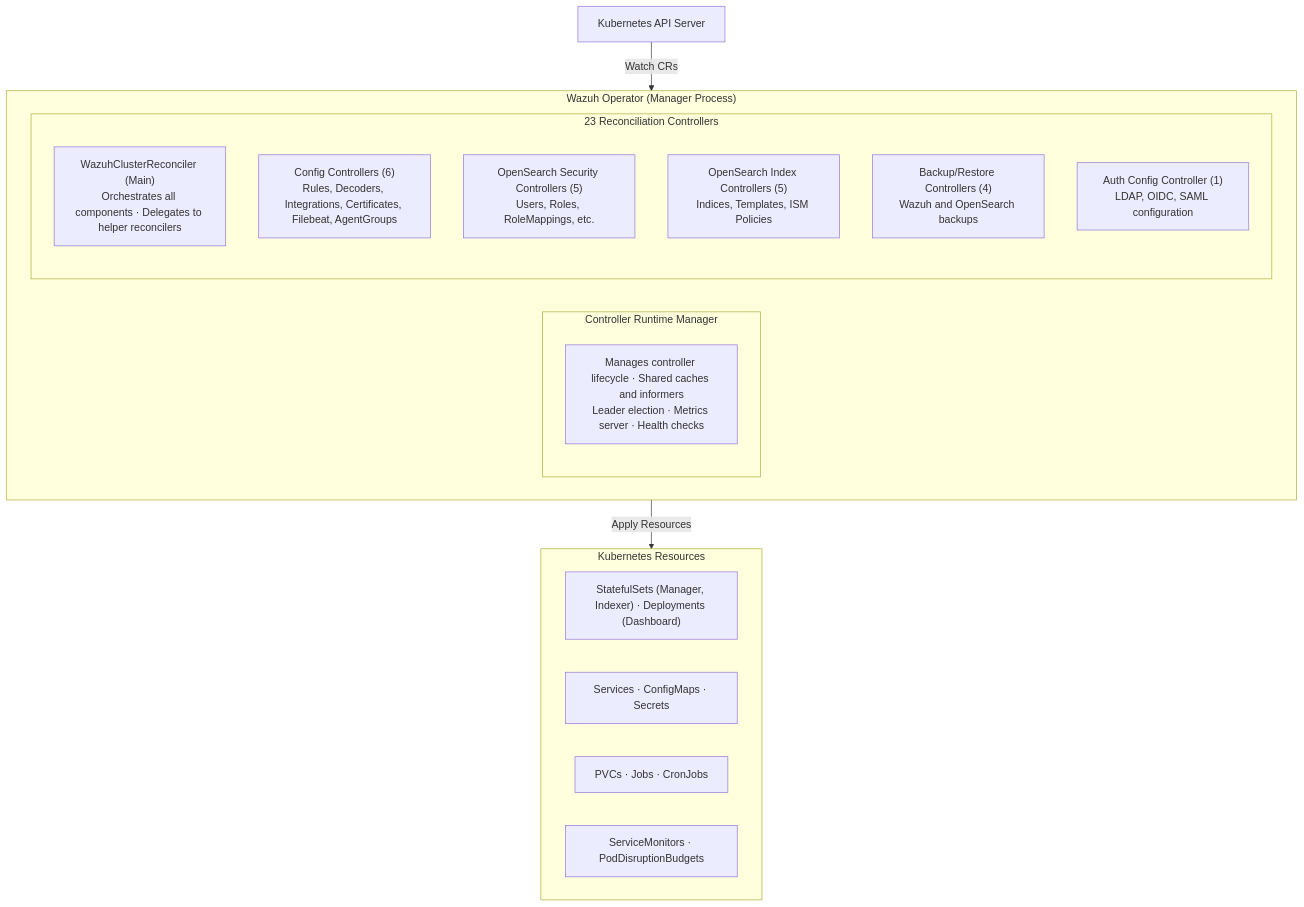
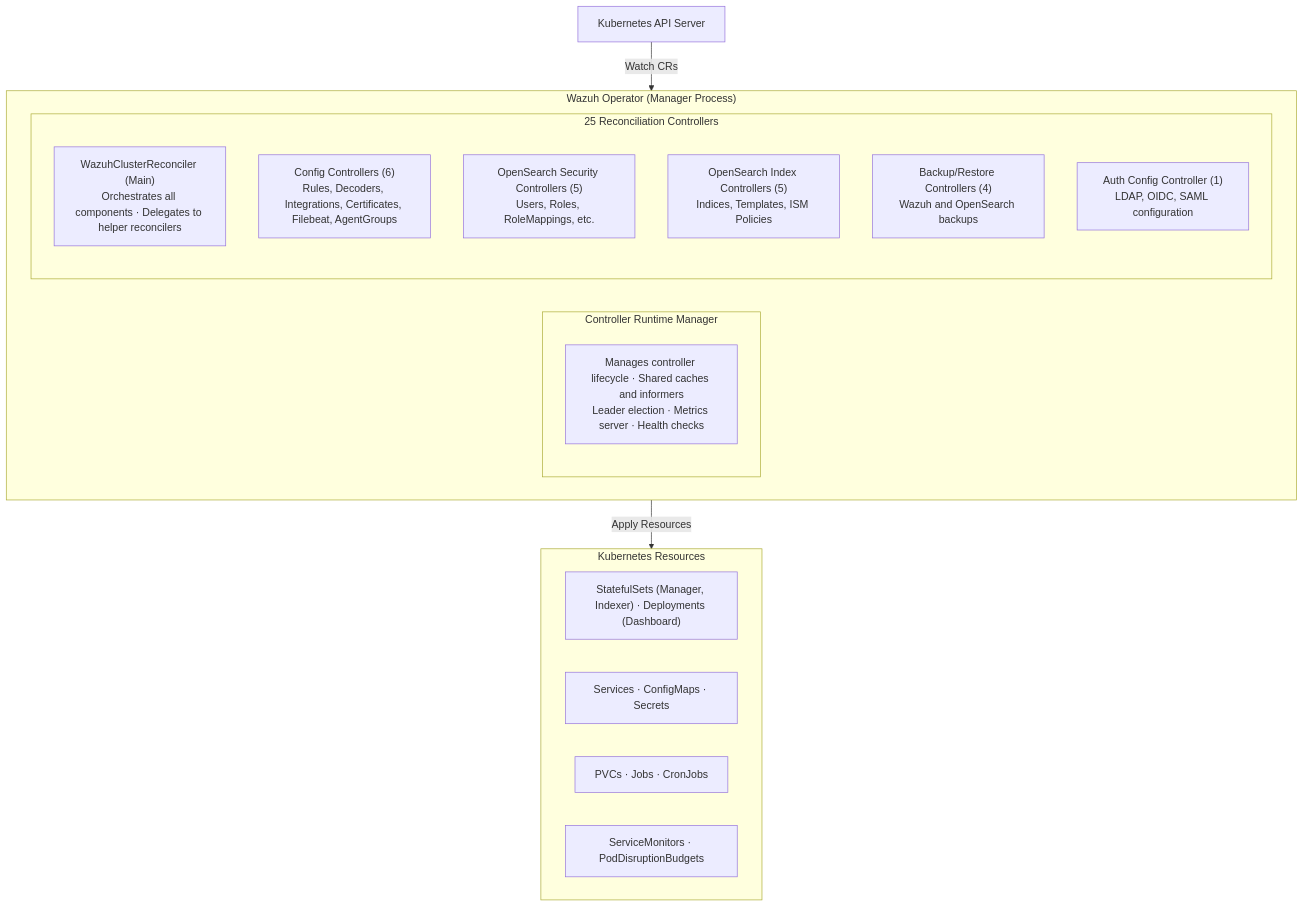
Before and after one commit to MaximeWewer/wazuh-operator: the first of 8 diagrams in docs/reference/architecture.md, drawn with Mermaid. The commit also changed other lines of this file and 33 other files, not shown here.

````diff
--- a/docs/reference/architecture.md
+++ b/docs/reference/architecture.md
@@ -41,28 +41,28 @@
 ```mermaid
 flowchart TD
     A[Kubernetes API Server]
 
     subgraph Operator["Wazuh Operator (Manager Process)"]
         subgraph CRM[Controller Runtime Manager]
             CRM1["Manages controller lifecycle · Shared caches and informers<br/>Leader election · Metrics server · Health checks"]
         end
-        subgraph Controllers[23 Reconciliation Controllers]
+        subgraph Controllers[25 Reconciliation Controllers]
             WCR["WazuhClusterReconciler (Main)<br/>Orchestrates all components · Delegates to helper reconcilers"]
             CONFIG["Config Controllers (6)<br/>Rules, Decoders, Integrations, Certificates, Filebeat, AgentGroups"]
             SEC["OpenSearch Security Controllers (5)<br/>Users, Roles, RoleMappings, etc."]
             IDX["OpenSearch Index Controllers (5)<br/>Indices, Templates, ISM Policies"]
             BACKUP["Backup/Restore Controllers (4)<br/>Wazuh and OpenSearch backups"]
             AUTH["Auth Config Controller (1)<br/>LDAP, OIDC, SAML configuration"]
         end
     end
 
     subgraph Resources[Kubernetes Resources]
         R1["StatefulSets (Manager, Indexer) · Deployments (Dashboard)"]
         R2["Services · ConfigMaps · Secrets"]
         R3["PVCs · Jobs · CronJobs"]
         R4["ServiceMonitors · PodDisruptionBudgets"]
     end
 
     A -->|"Watch CRs"| Operator
     Operator -->|"Apply Resources"| Resources
 ```
````
